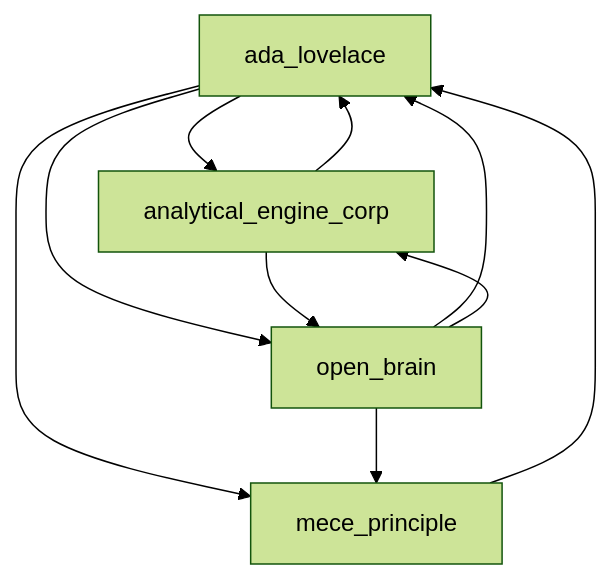
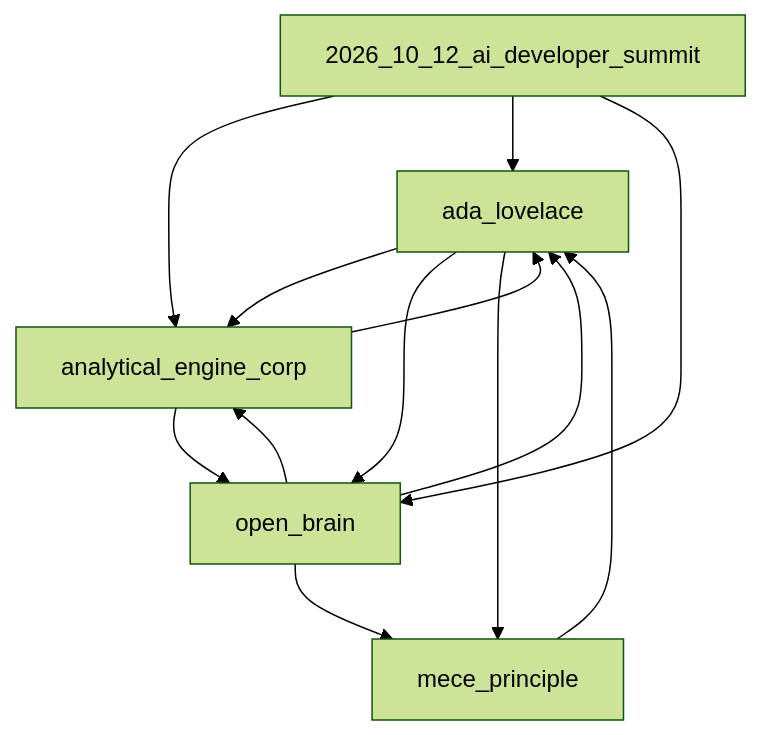
The diagram in rainbow-llm-wiki/BRAIN/graph.md (rainbowbreeze/rainbow-harness), drawn with Mermaid (forest theme) before and after one commit. The commit also changed 12 other files, not shown here.

````diff
--- a/rainbow-llm-wiki/BRAIN/graph.md
+++ b/rainbow-llm-wiki/BRAIN/graph.md
@@ -5,12 +5,15 @@
 ```mermaid
 graph TD
     ada_lovelace --> analytical_engine_corp
     ada_lovelace --> open_brain
     ada_lovelace --> mece_principle
     analytical_engine_corp --> ada_lovelace
     analytical_engine_corp --> open_brain
     open_brain --> ada_lovelace
     open_brain --> analytical_engine_corp
     open_brain --> mece_principle
     mece_principle --> ada_lovelace
+    2026_10_12_ai_developer_summit --> analytical_engine_corp
+    2026_10_12_ai_developer_summit --> ada_lovelace
+    2026_10_12_ai_developer_summit --> open_brain
 ```
````
